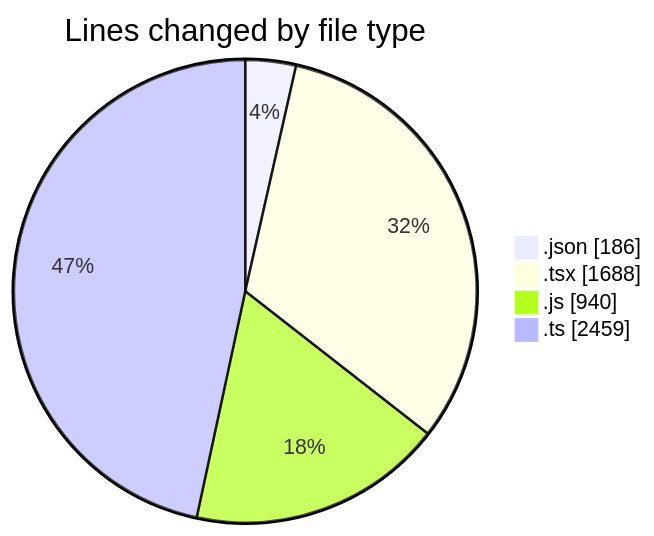
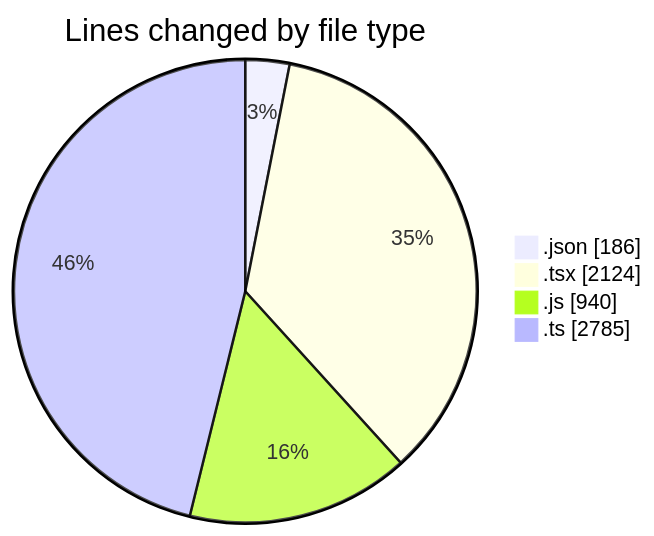
One commit to momahboobian/code-tracking changed the first of 2 diagrams in 2026-07-14/cda/README.md. Above: the diagram before and after it, drawn with Mermaid. The commit also changed other lines of this file and 1 other file, not shown here.

````diff
--- a/2026-07-14/cda/README.md
+++ b/2026-07-14/cda/README.md
@@ -46,8 +50,8 @@
 ```mermaid
 pie showData
 title Lines changed by file type
 ".json" : 186
-".tsx" : 1688
+".tsx" : 2124
 ".js" : 940
-".ts" : 2459
+".ts" : 2785
 ```
````
